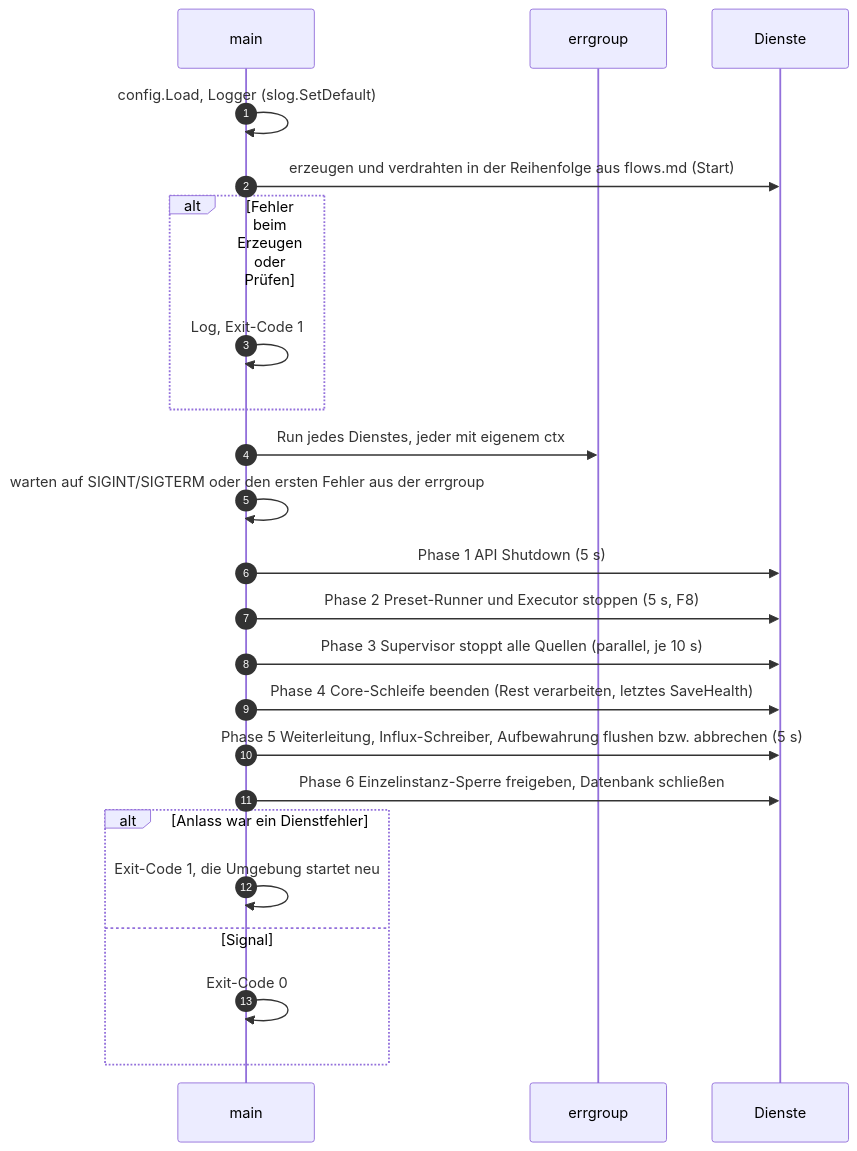
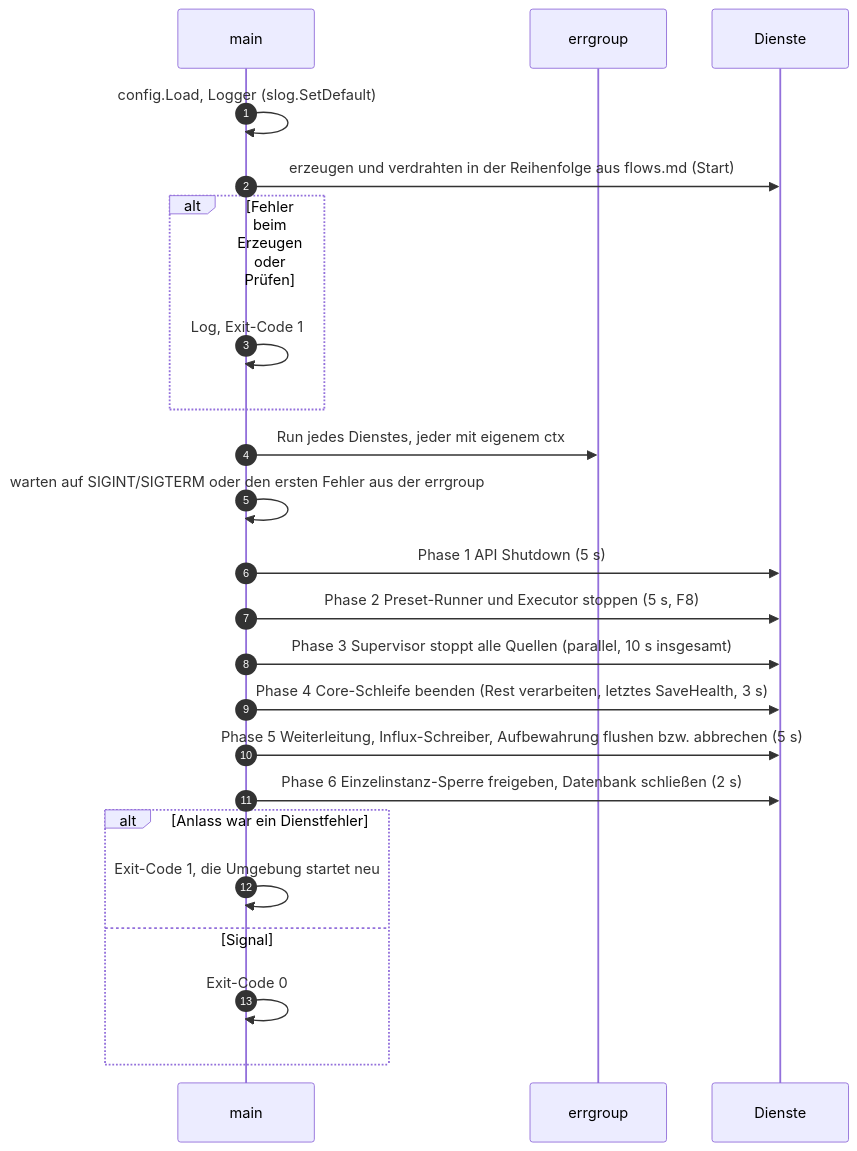
The second of 2 diagrams in docs/contracts/bootstrap.md (lukirs95/monika), drawn with Mermaid before and after one commit. The commit also changed other lines of this file and 8 other files, not shown here.

````diff
--- a/docs/contracts/bootstrap.md
+++ b/docs/contracts/bootstrap.md
@@ -82,26 +82,26 @@
 ```mermaid
 sequenceDiagram
     autonumber
     participant M as main
     participant G as errgroup
     participant K as Dienste
 
     M->>M: config.Load, Logger (slog.SetDefault)
     M->>K: erzeugen und verdrahten in der Reihenfolge aus flows.md (Start)
     alt Fehler beim Erzeugen oder Prüfen
         M->>M: Log, Exit-Code 1
     end
     M->>G: Run jedes Dienstes, jeder mit eigenem ctx
     M->>M: warten auf SIGINT/SIGTERM oder den ersten Fehler aus der errgroup
     M->>K: Phase 1 API Shutdown (5 s)
     M->>K: Phase 2 Preset-Runner und Executor stoppen (5 s, F8)
-    M->>K: Phase 3 Supervisor stoppt alle Quellen (parallel, je 10 s)
-    M->>K: Phase 4 Core-Schleife beenden (Rest verarbeiten, letztes SaveHealth)
+    M->>K: Phase 3 Supervisor stoppt alle Quellen (parallel, 10 s insgesamt)
+    M->>K: Phase 4 Core-Schleife beenden (Rest verarbeiten, letztes SaveHealth, 3 s)
     M->>K: Phase 5 Weiterleitung, Influx-Schreiber, Aufbewahrung flushen bzw. abbrechen (5 s)
-    M->>K: Phase 6 Einzelinstanz-Sperre freigeben, Datenbank schließen
+    M->>K: Phase 6 Einzelinstanz-Sperre freigeben, Datenbank schließen (2 s)
     alt Anlass war ein Dienstfehler
         M->>M: Exit-Code 1, die Umgebung startet neu
     else Signal
         M->>M: Exit-Code 0
     end
 ```
````
